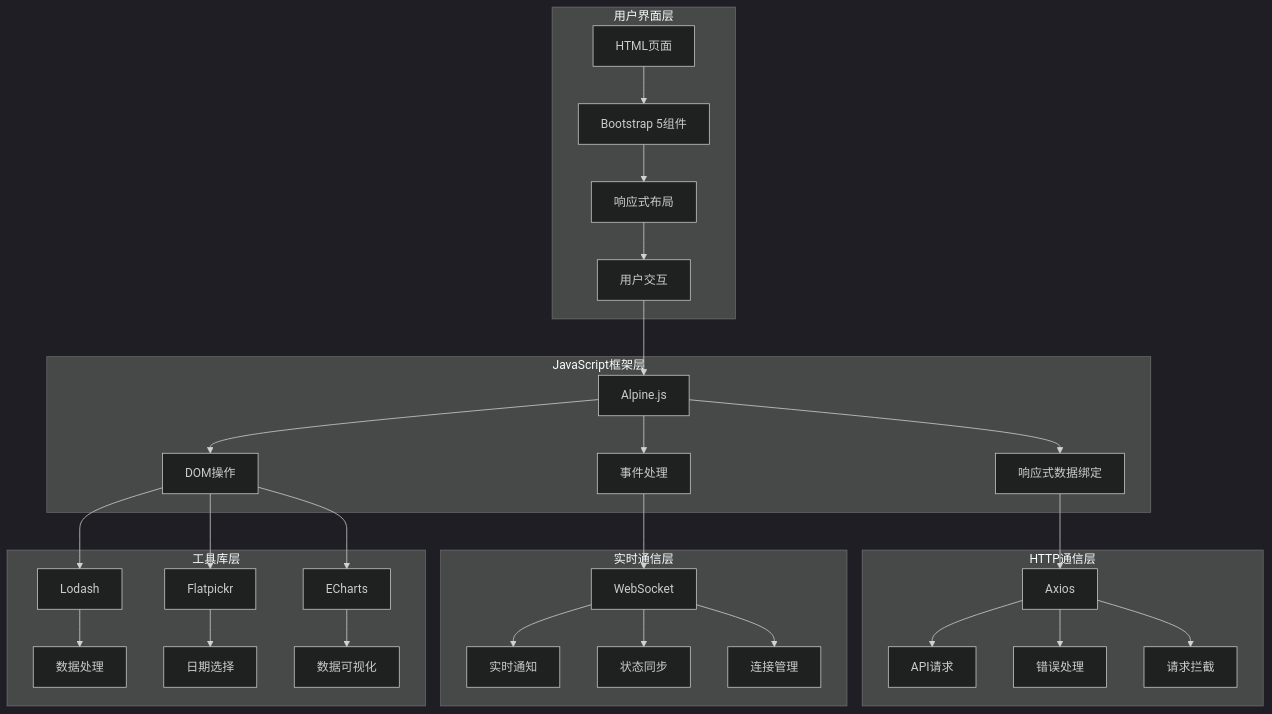
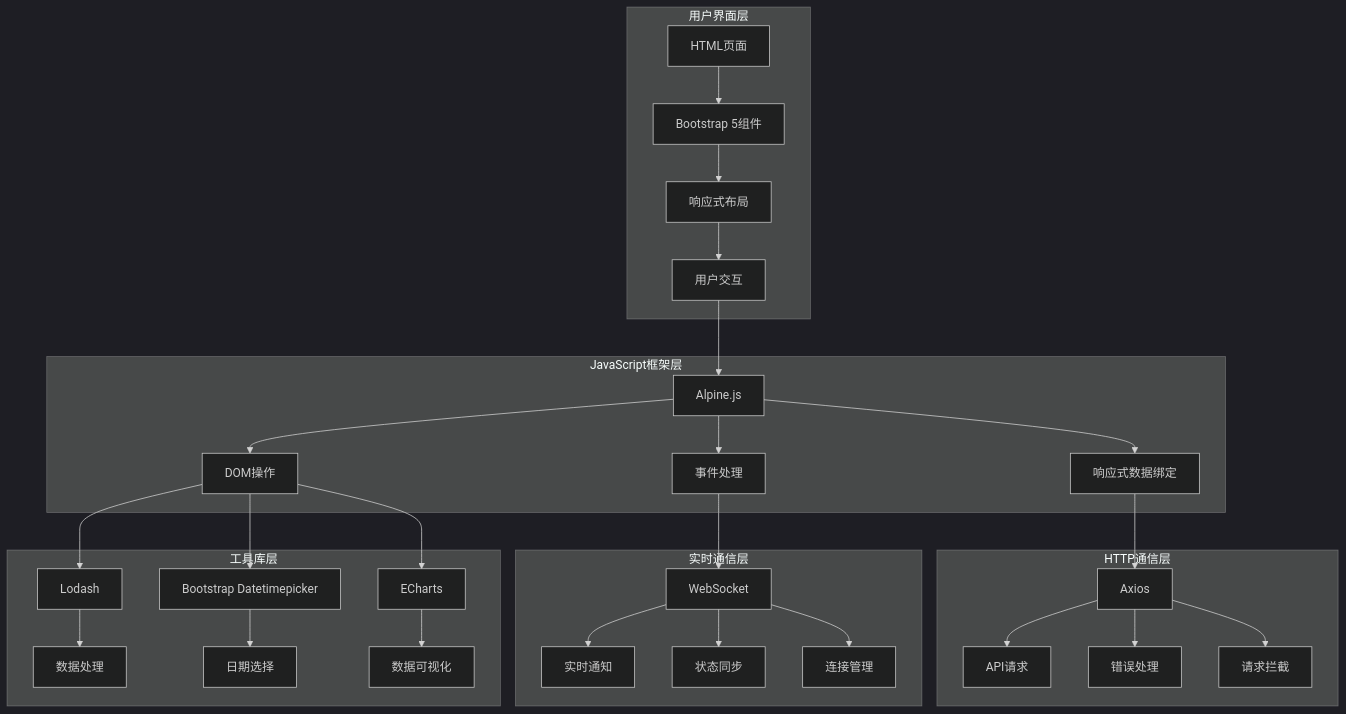
One commit to zhangbiqiong/book-management-system changed the first of 9 diagrams in pwa/UI.md. Above: the diagram before and after it, drawn with Mermaid (dark theme). The commit also changed 1 other file, not shown here.

Commit message:
Update project structure and dependencies with Bun and PostgreSQL (#10)

````diff
--- a/pwa/UI.md
+++ b/pwa/UI.md
@@ -28,39 +28,39 @@
 ```mermaid
 graph TB
     subgraph "用户界面层"
         A[HTML页面] --> B[Bootstrap 5组件]
         B --> C[响应式布局]
         C --> D[用户交互]
     end
     
     subgraph "JavaScript框架层"
         E[Alpine.js] --> F[响应式数据绑定]
         E --> G[事件处理]
         E --> H[DOM操作]
     end
     
     subgraph "HTTP通信层"
         I[Axios] --> J[API请求]
         I --> K[错误处理]
         I --> L[请求拦截]
     end
     
     subgraph "实时通信层"
         M[WebSocket] --> N[实时通知]
         M --> O[状态同步]
         M --> P[连接管理]
     end
     
     subgraph "工具库层"
         Q[Lodash] --> R[数据处理]
-        S[Flatpickr] --> T[日期选择]
+        S[Bootstrap Datetimepicker] --> T[日期选择]
         U[ECharts] --> V[数据可视化]
     end
     
     D --> E
     F --> I
     G --> M
     H --> Q
     H --> S
     H --> U
 ```
````
